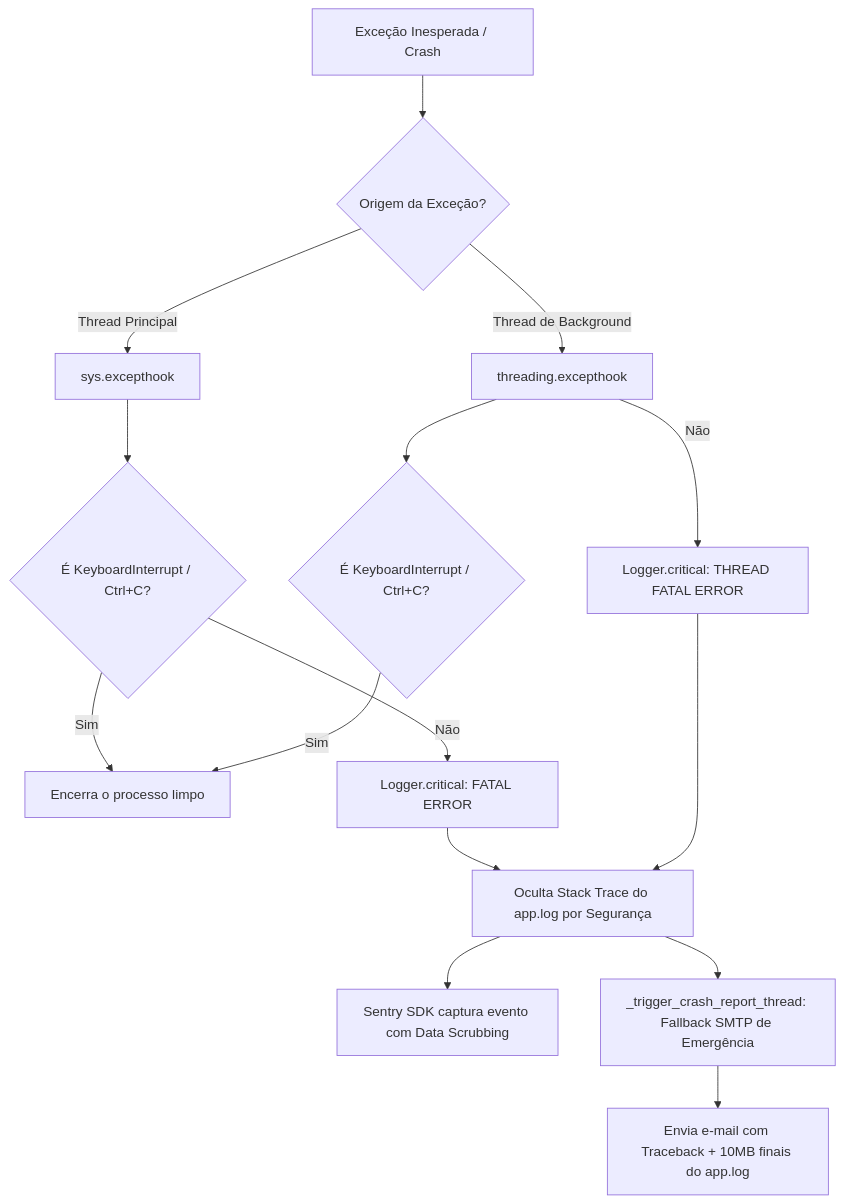
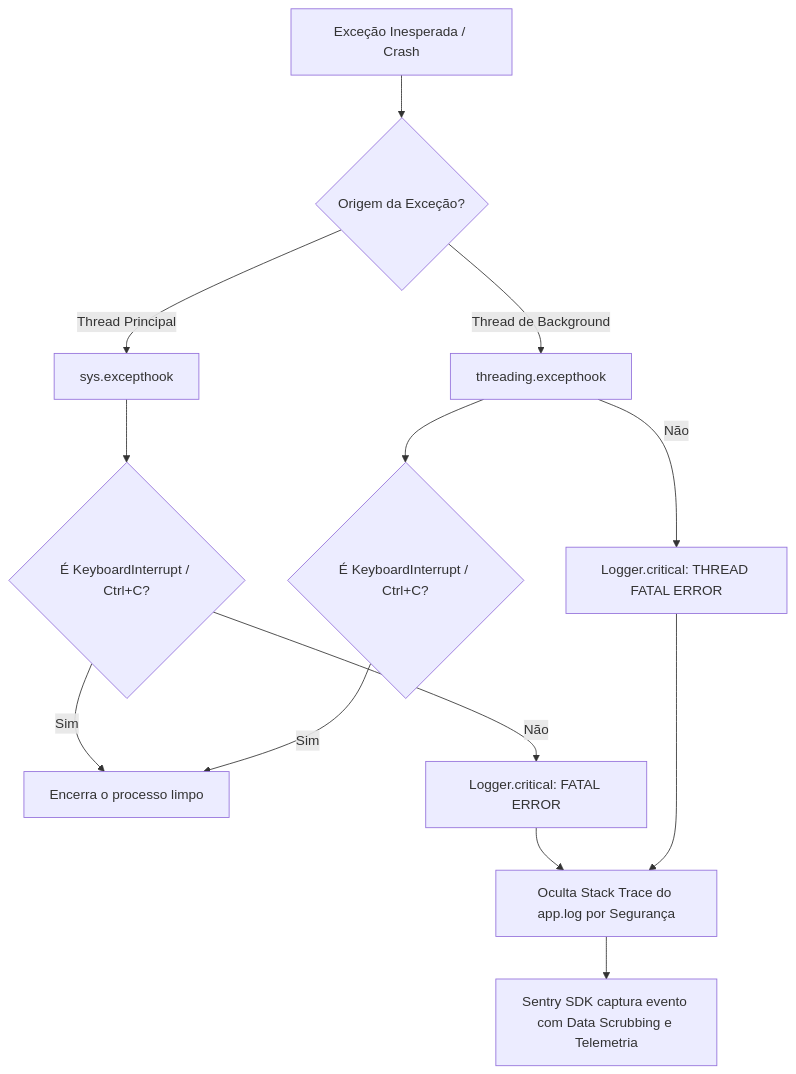
The diagram in project_decisions/antigos/08_sentry_architecture_and_potential.md (LucasDuarte026/message_integration_YAMPI), drawn with Mermaid before and after one commit. The commit also changed other lines of this file and 6 other files, not shown here.

````diff
--- a/project_decisions/antigos/08_sentry_architecture_and_potential.md
+++ b/project_decisions/antigos/08_sentry_architecture_and_potential.md
@@ -54,24 +54,21 @@
 ```mermaid
 flowchart TD
     A[Exceção Inesperada / Crash] --> B{Origem da Exceção?}
     
     B -->|Thread Principal| C[sys.excepthook]
     B -->|Thread de Background| D[threading.excepthook]
     
     C --> E{É KeyboardInterrupt / Ctrl+C?}
     D --> F{É KeyboardInterrupt / Ctrl+C?}
     
     E -->|Sim| G[Encerra o processo limpo]
     F -->|Sim| G
     
     E -->|Não| H[Logger.critical: FATAL ERROR]
     D -->|Não| I[Logger.critical: THREAD FATAL ERROR]
     
     H --> J[Oculta Stack Trace do app.log por Segurança]
     I --> J
     
-    J --> K[Sentry SDK captura evento com Data Scrubbing]
-    J --> L[_trigger_crash_report_thread: Fallback SMTP de Emergência]
-    
-    L --> M[Envia e-mail com Traceback + 10MB finais do app.log]
+    J --> K[Sentry SDK captura evento com Data Scrubbing e Telemetria]
 ```
````
